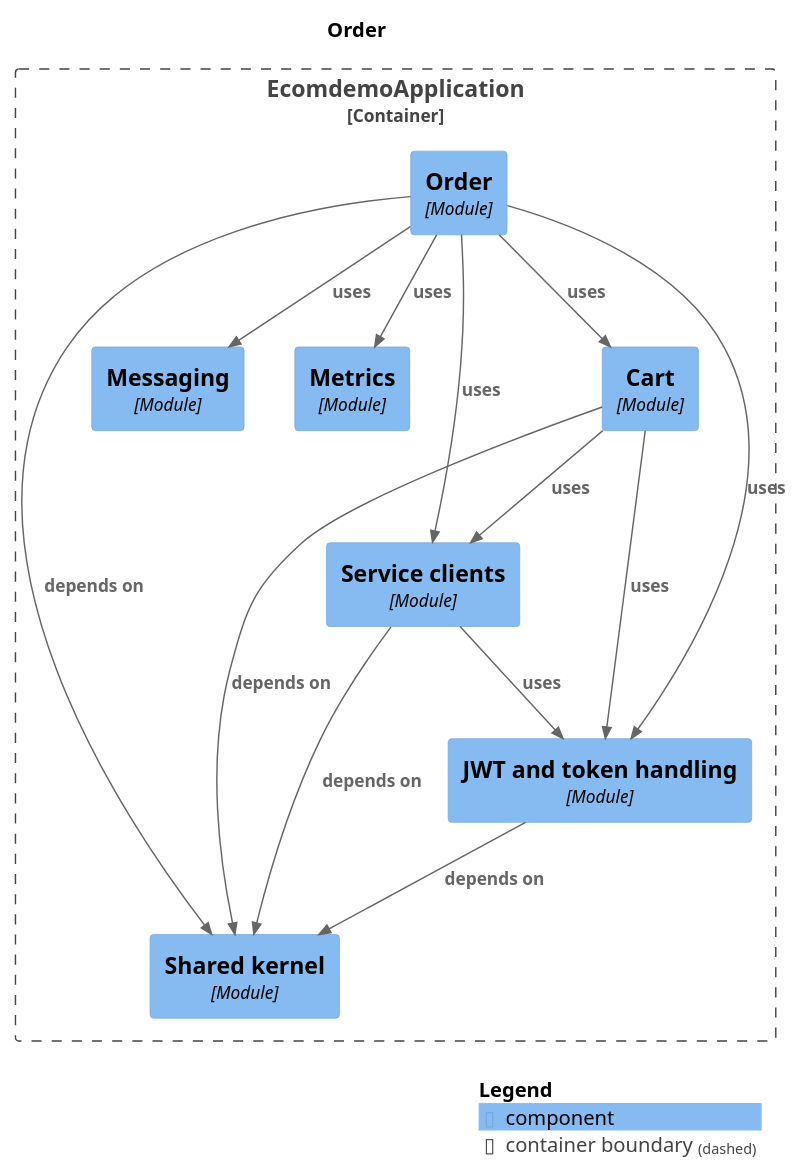
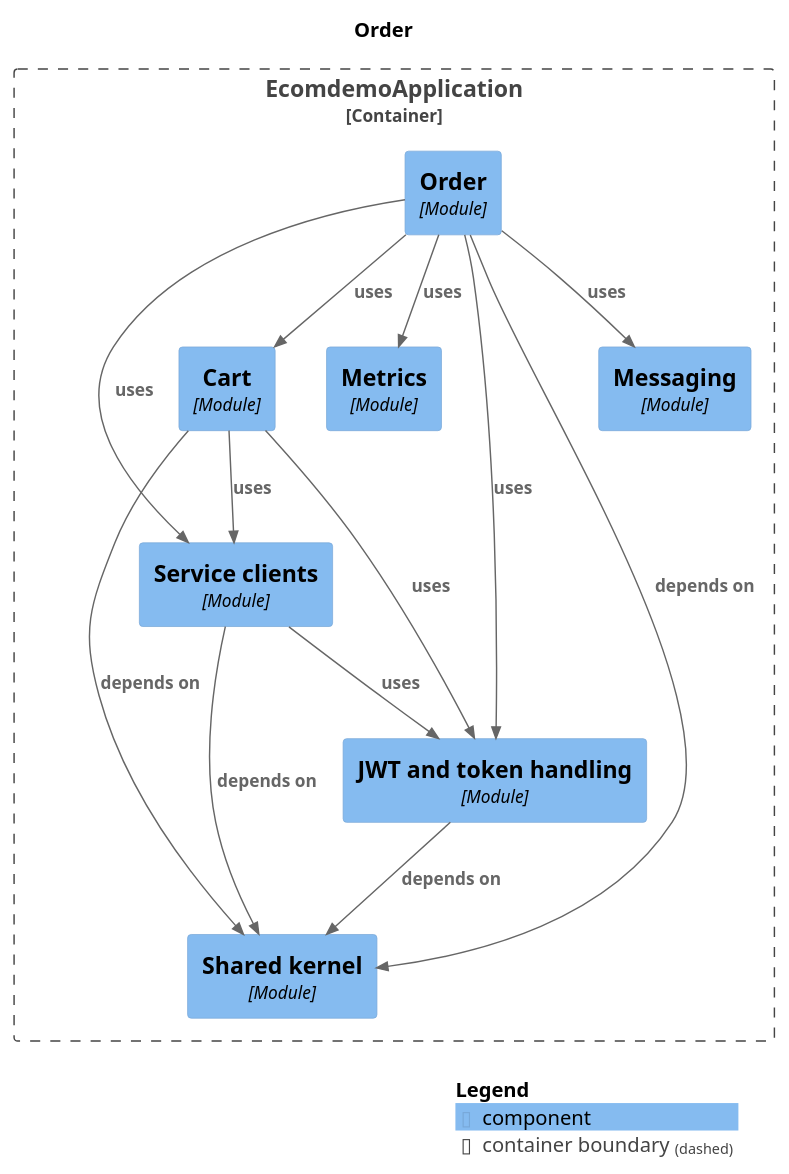
The diagram in docs/modules/module-order.puml (mr-sujay-patil/ecomdemo), drawn with PlantUML before and after one commit. The commit also changed other lines of this file and 52 other files, not shown here.

```diff
--- a/docs/modules/module-order.puml
+++ b/docs/modules/module-order.puml
@@ -1,35 +1,35 @@
 @startuml
 set separator none
 title Order
 
 top to bottom direction
 
 !include <C4/C4>
 !include <C4/C4_Context>
 !include <C4/C4_Component>
 
 Container_Boundary("EcomdemoApplication.EcomdemoApplication_boundary", "EcomdemoApplication", $tags="") {
+  Component(EcomdemoApplication.EcomdemoApplication.Serviceclients, "Service clients", $techn="Module", $descr="", $tags="", $link="")
   Component(EcomdemoApplication.EcomdemoApplication.Cart, "Cart", $techn="Module", $descr="", $tags="", $link="")
   Component(EcomdemoApplication.EcomdemoApplication.Order, "Order", $techn="Module", $descr="", $tags="", $link="")
-  Component(EcomdemoApplication.EcomdemoApplication.Messaging, "Messaging", $techn="Module", $descr="", $tags="", $link="")
   Component(EcomdemoApplication.EcomdemoApplication.Metrics, "Metrics", $techn="Module", $descr="", $tags="", $link="")
   Component(EcomdemoApplication.EcomdemoApplication.Sharedkernel, "Shared kernel", $techn="Module", $descr="", $tags="", $link="")
   Component(EcomdemoApplication.EcomdemoApplication.JWTandtokenhandling, "JWT and token handling", $techn="Module", $descr="", $tags="", $link="")
-  Component(EcomdemoApplication.EcomdemoApplication.Serviceclients, "Service clients", $techn="Module", $descr="", $tags="", $link="")
+  Component(EcomdemoApplication.EcomdemoApplication.Messaging, "Messaging", $techn="Module", $descr="", $tags="", $link="")
 }
 
 Rel(EcomdemoApplication.EcomdemoApplication.Cart, EcomdemoApplication.EcomdemoApplication.JWTandtokenhandling, "uses", $techn="", $tags="", $link="")
 Rel(EcomdemoApplication.EcomdemoApplication.Cart, EcomdemoApplication.EcomdemoApplication.Serviceclients, "uses", $techn="", $tags="", $link="")
 Rel(EcomdemoApplication.EcomdemoApplication.Cart, EcomdemoApplication.EcomdemoApplication.Sharedkernel, "depends on", $techn="", $tags="", $link="")
 Rel(EcomdemoApplication.EcomdemoApplication.JWTandtokenhandling, EcomdemoApplication.EcomdemoApplication.Sharedkernel, "depends on", $techn="", $tags="", $link="")
 Rel(EcomdemoApplication.EcomdemoApplication.Order, EcomdemoApplication.EcomdemoApplication.Cart, "uses", $techn="", $tags="", $link="")
 Rel(EcomdemoApplication.EcomdemoApplication.Order, EcomdemoApplication.EcomdemoApplication.JWTandtokenhandling, "uses", $techn="", $tags="", $link="")
 Rel(EcomdemoApplication.EcomdemoApplication.Order, EcomdemoApplication.EcomdemoApplication.Messaging, "uses", $techn="", $tags="", $link="")
 Rel(EcomdemoApplication.EcomdemoApplication.Order, EcomdemoApplication.EcomdemoApplication.Metrics, "uses", $techn="", $tags="", $link="")
 Rel(EcomdemoApplication.EcomdemoApplication.Order, EcomdemoApplication.EcomdemoApplication.Serviceclients, "uses", $techn="", $tags="", $link="")
 Rel(EcomdemoApplication.EcomdemoApplication.Order, EcomdemoApplication.EcomdemoApplication.Sharedkernel, "depends on", $techn="", $tags="", $link="")
 Rel(EcomdemoApplication.EcomdemoApplication.Serviceclients, EcomdemoApplication.EcomdemoApplication.JWTandtokenhandling, "uses", $techn="", $tags="", $link="")
 Rel(EcomdemoApplication.EcomdemoApplication.Serviceclients, EcomdemoApplication.EcomdemoApplication.Sharedkernel, "depends on", $techn="", $tags="", $link="")
 
 SHOW_LEGEND(true)
 @enduml
```
